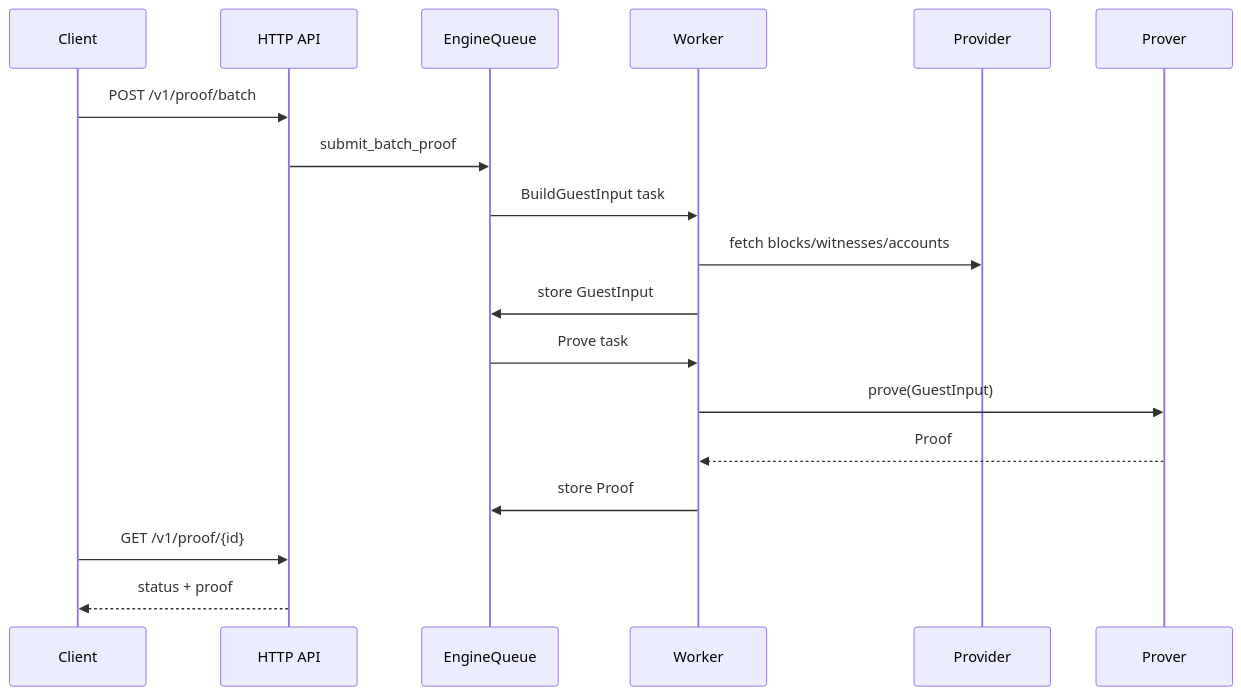
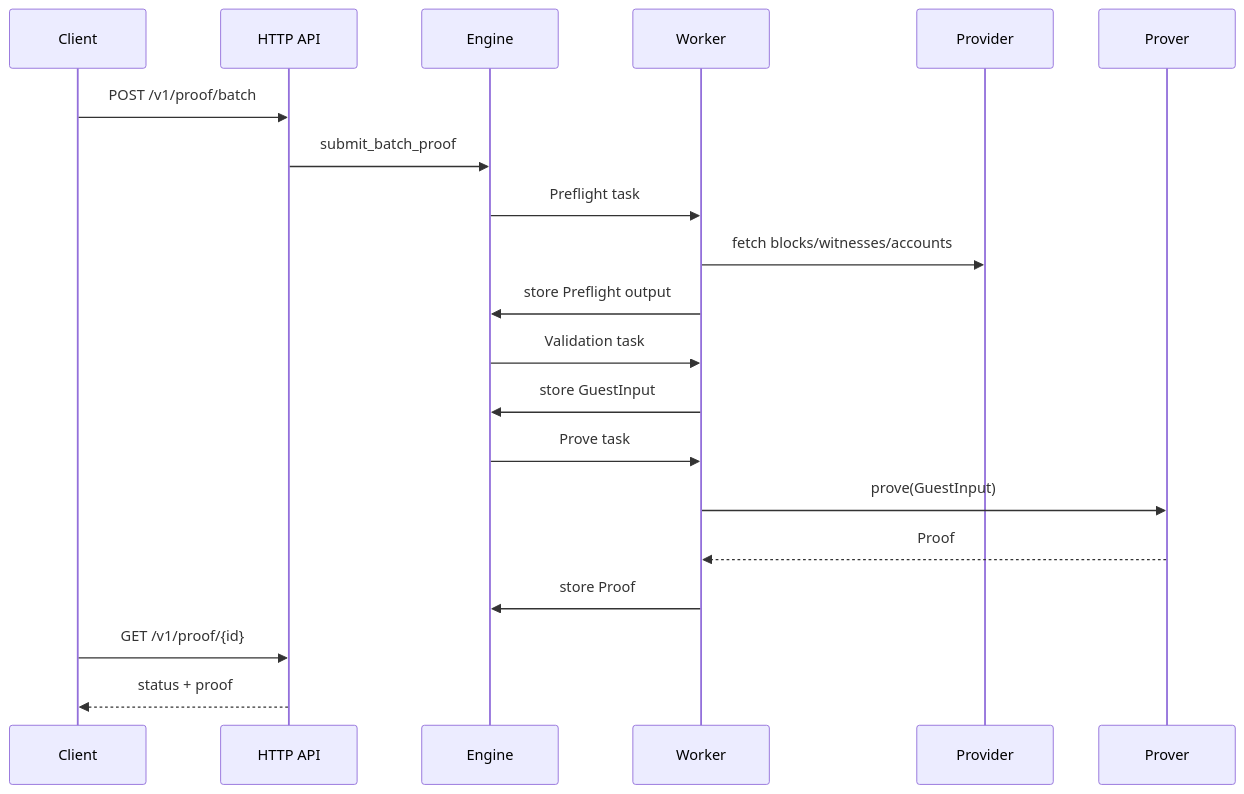
The fourth of 4 diagrams in README.md (taikoxyz/raiko2), drawn with Mermaid before and after one commit. The commit also changed other lines of this file and 5 other files, not shown here.

Commit message:
Replace EngineQueue with Engine

````diff
--- a/README.md
+++ b/README.md
@@ -92,21 +91,23 @@
 ```mermaid
 sequenceDiagram
   participant C as Client
   participant API as HTTP API
-  participant Q as EngineQueue
+  participant Q as Engine
   participant W as Worker
   participant P as Provider
   participant Z as Prover
 
   C->>API: POST /v1/proof/batch
   API->>Q: submit_batch_proof
-  Q->>W: BuildGuestInput task
+  Q->>W: Preflight task
   W->>P: fetch blocks/witnesses/accounts
+  W->>Q: store Preflight output
+  Q->>W: Validation task
   W->>Q: store GuestInput
   Q->>W: Prove task
   W->>Z: prove(GuestInput)
   Z-->>W: Proof
   W->>Q: store Proof
   C->>API: GET /v1/proof/{id}
   API-->>C: status + proof
 ```
````
